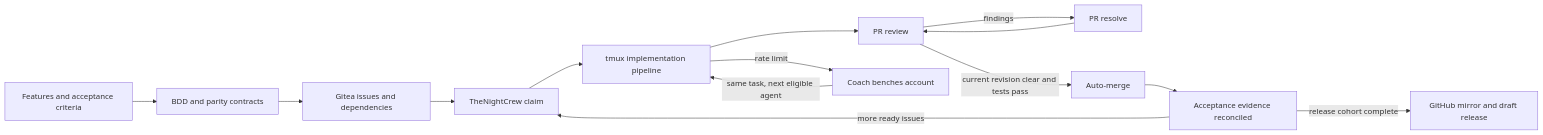
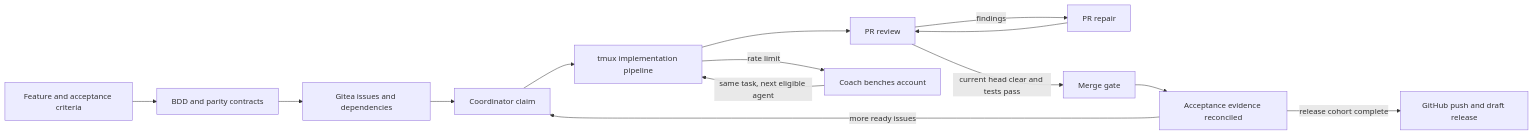
Before and after one commit to CraigThomasParsons/TheGiteaCodeFactory: the diagram in README.md, drawn with Mermaid. The commit also changed other lines of this file, not shown here.

````diff
--- a/README.md
+++ b/README.md
@@ -27,16 +49,16 @@
 ```mermaid
 flowchart LR
-  A[Features and acceptance criteria] --> B[BDD and parity contracts]
+  A[Feature and acceptance criteria] --> B[BDD and parity contracts]
   B --> C[Gitea issues and dependencies]
-  C --> D[TheNightCrew claim]
+  C --> D[Coordinator claim]
   D --> E[tmux implementation pipeline]
   E --> F[PR review]
-  F -->|findings| G[PR resolve]
+  F -->|findings| G[PR repair]
   G --> F
-  F -->|current revision clear and tests pass| H[Auto-merge]
+  F -->|current head clear and tests pass| H[Merge gate]
   H --> I[Acceptance evidence reconciled]
   I -->|more ready issues| D
-  I -->|release cohort complete| J[GitHub mirror and draft release]
+  I -->|release cohort complete| J[GitHub push and draft release]
   E -->|rate limit| K[Coach benches account]
   K -->|same task, next eligible agent| E
 ```
````
